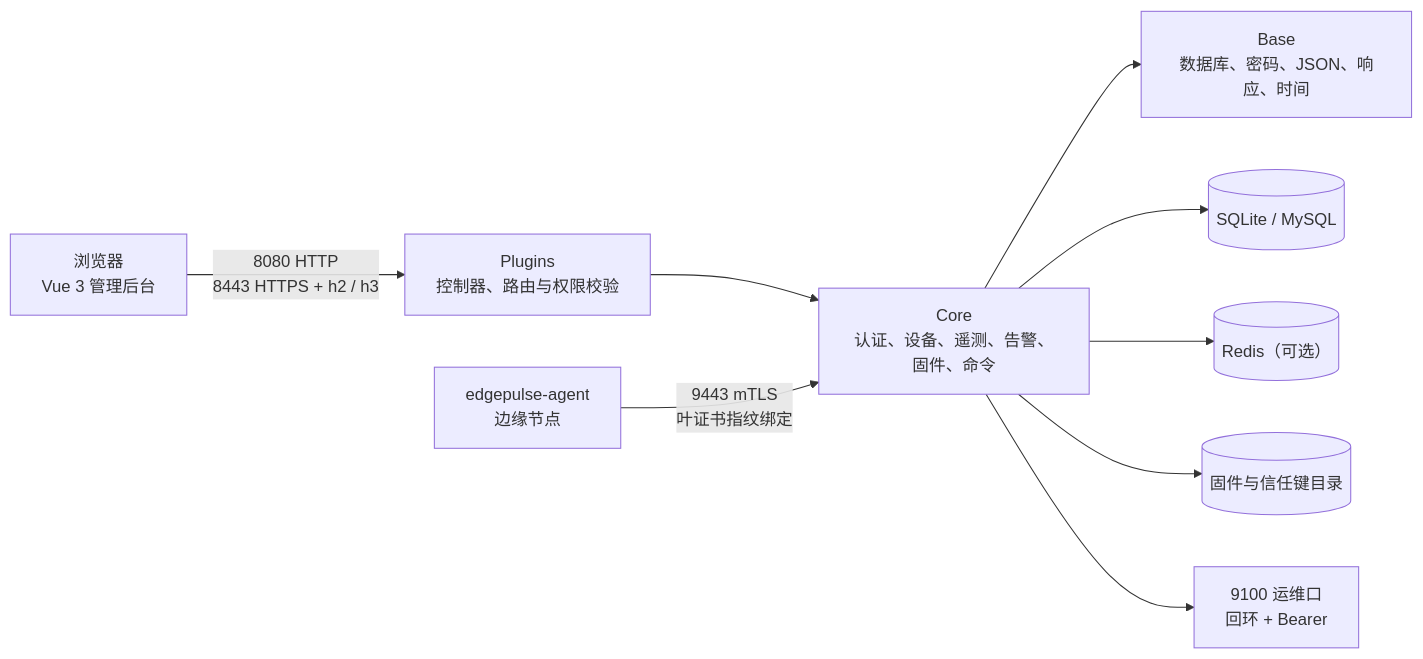
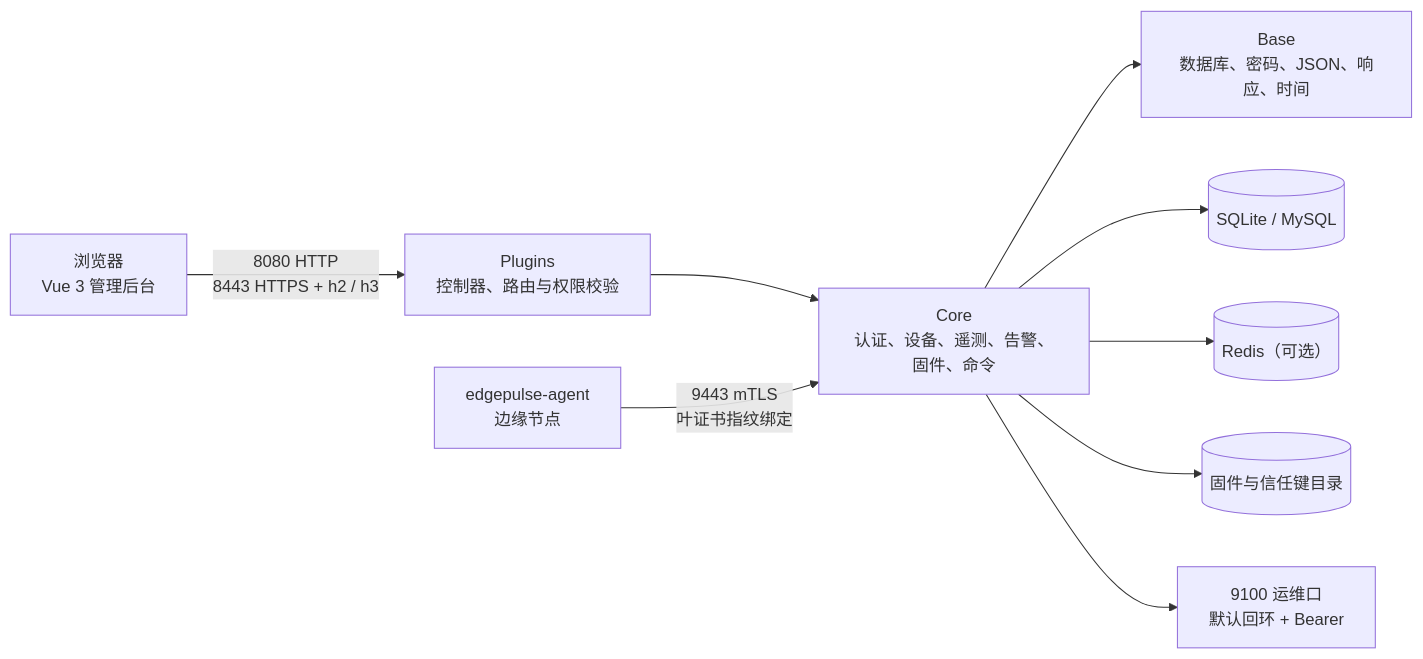
Before and after one commit to Gyanis9/EdgePulse: the diagram in README.md, drawn with Mermaid. The commit also changed other lines of this file and 3 other files, not shown here.

````diff
--- a/README.md
+++ b/README.md
@@ -51,17 +51,17 @@
 ```mermaid
 flowchart LR
     Browser["浏览器<br/>Vue 3 管理后台"]
     Agent["edgepulse-agent<br/>边缘节点"]
     Plugins["Plugins<br/>控制器、路由与权限校验"]
     Core["Core<br/>认证、设备、遥测、告警、固件、命令"]
     Base["Base<br/>数据库、密码、JSON、响应、时间"]
 
     Browser -->|"8080 HTTP<br/>8443 HTTPS + h2 / h3"| Plugins
     Plugins --> Core
     Agent -->|"9443 mTLS<br/>叶证书指纹绑定"| Core
     Core --> Base
     Core --> Database[("SQLite / MySQL")]
     Core --> Cache[("Redis（可选）")]
     Core --> Storage[("固件与信任键目录")]
-    Core --> Ops["9100 运维口<br/>回环 + Bearer"]
+    Core --> Ops["9100 运维口<br/>默认回环 + Bearer"]
 ```
````
